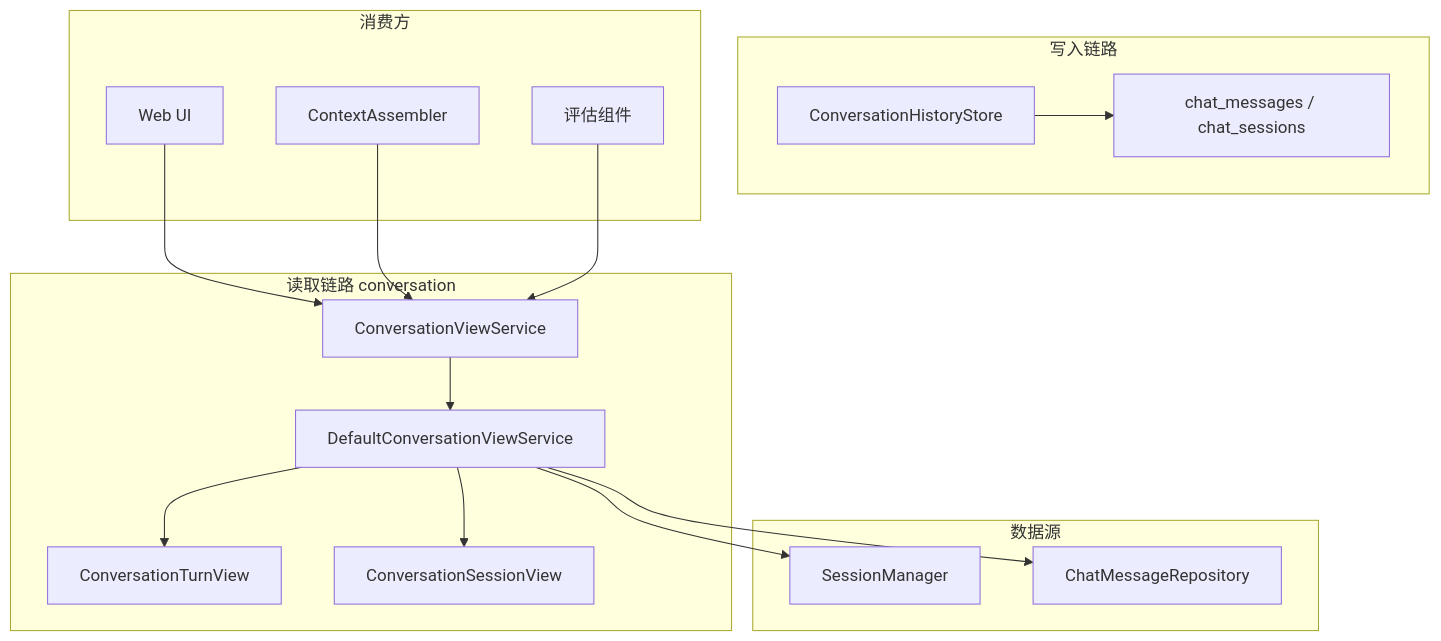
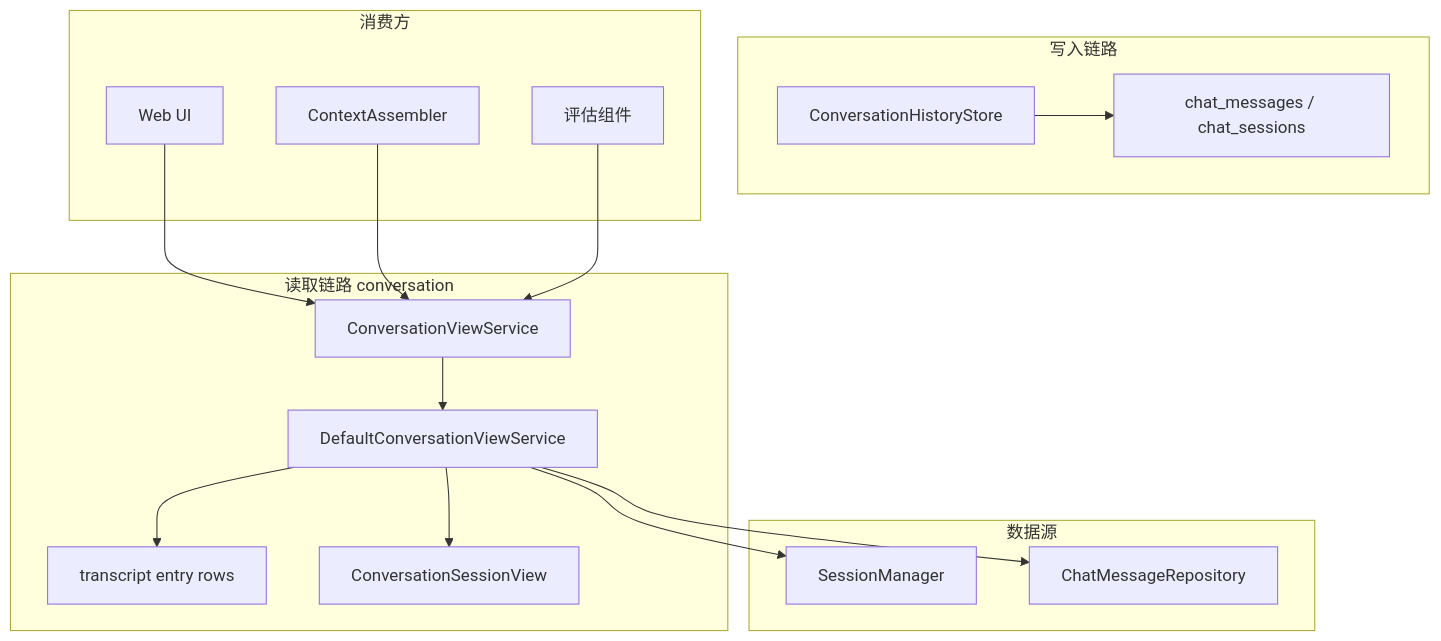
The first of 3 diagrams in docs/architecture/conversation.md (ntygod/LifePilot), drawn with Mermaid before and after one commit. The commit also changed other lines of this file and 11 other files, not shown here.

````diff
--- a/docs/architecture/conversation.md
+++ b/docs/architecture/conversation.md
@@ -20,35 +20,35 @@
 ```mermaid
 flowchart TD
     subgraph "写入链路"
         CHS["ConversationHistoryStore"]
         CMS["chat_messages / chat_sessions"]
         CHS --> CMS
     end
 
     subgraph "读取链路 conversation"
         CVS["ConversationViewService"]
         DCS["DefaultConversationViewService"]
-        CTV["ConversationTurnView"]
+        CTV["transcript entry rows"]
         CSV["ConversationSessionView"]
         CVS --> DCS
         DCS --> CTV
         DCS --> CSV
     end
 
     subgraph "数据源"
         SM["SessionManager"]
         CMR["ChatMessageRepository"]
     end
 
     subgraph "消费方"
         WEB["Web UI"]
         AGENT["ContextAssembler"]
         EVAL["评估组件"]
     end
 
     DCS --> SM
     DCS --> CMR
     WEB --> CVS
     AGENT --> CVS
     EVAL --> CVS
 ```
````
